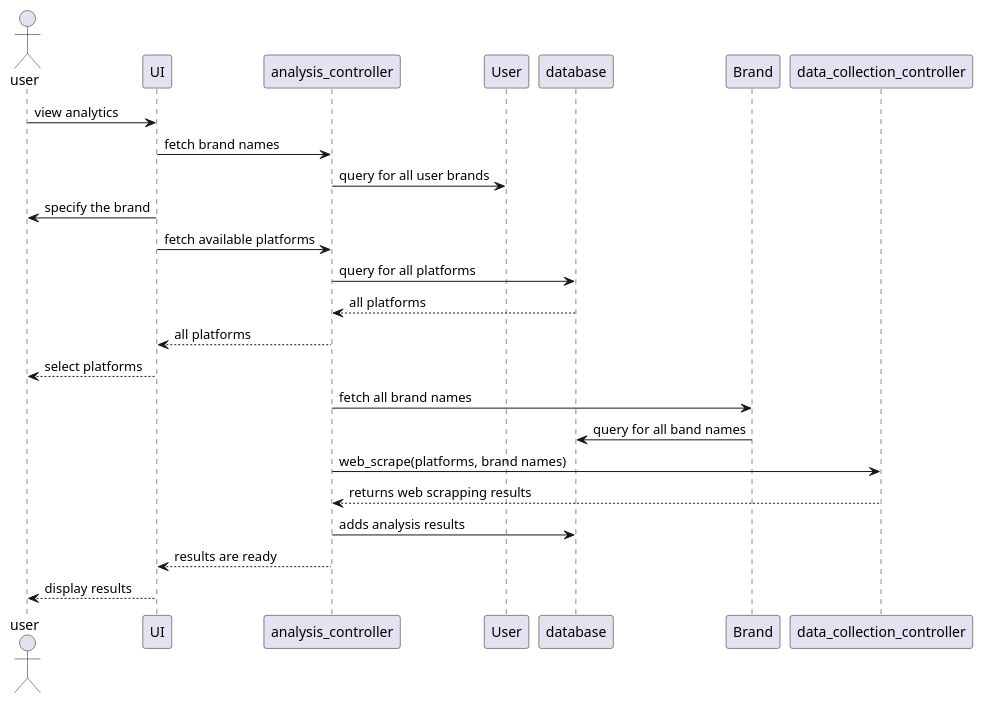
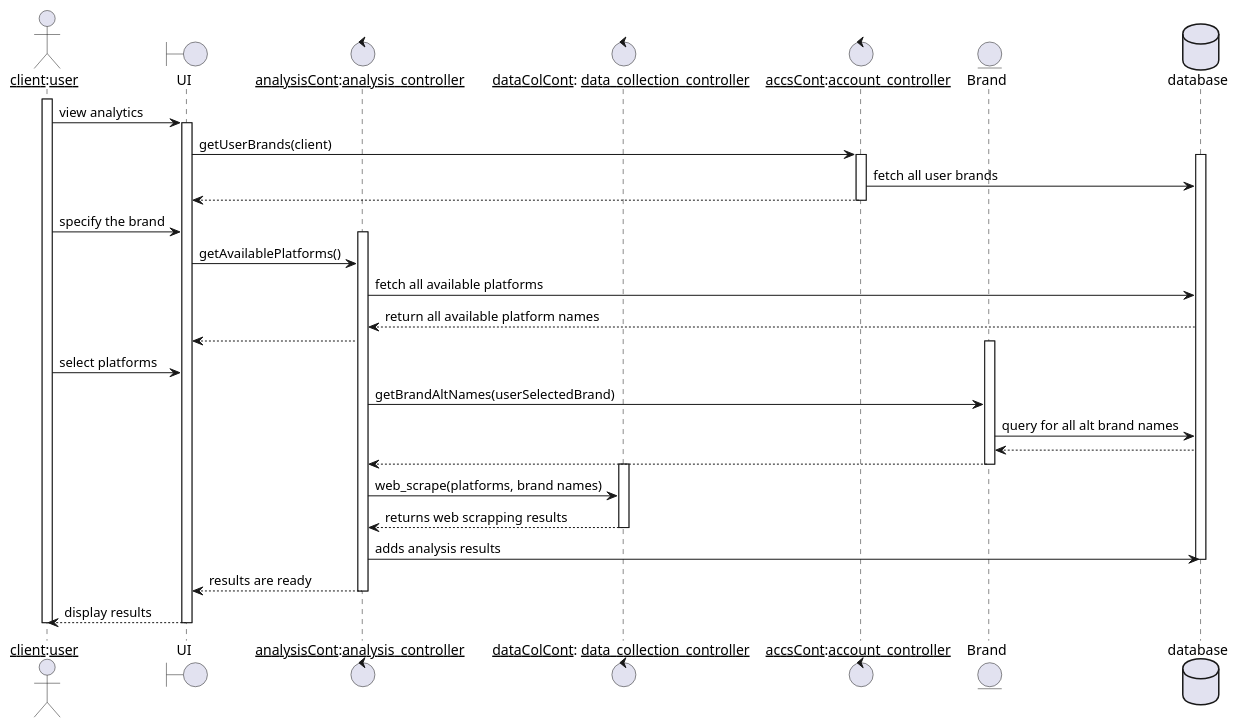
The diagram in Graphs/sequence_view_analytics.puml (NadaaSelim/GP), drawn with PlantUML before and after one commit. The commit also changed 2 other files, not shown here.

Commit message:
updated seq diagrams

```diff
--- a/Graphs/sequence_view_analytics.puml
+++ b/Graphs/sequence_view_analytics.puml
@@ -1,21 +1,46 @@
 @startuml
-actor user
-user -> UI: view analytics
-UI -> analysis_controller: fetch brand names
-analysis_controller -> User: query for all user brands
-UI -> user: specify the brand
-UI -> analysis_controller: fetch available platforms
-analysis_controller -> database: query for all platforms
-database --> analysis_controller: all platforms
-analysis_controller --> UI: all platforms
-UI --> user : select platforms
-analysis_controller -> Brand: fetch all brand names
-Brand -> database: query for all band names
-analysis_controller -> data_collection_controller : web_scrape(platforms, brand names)
-data_collection_controller --> analysis_controller: returns web scrapping results
-analysis_controller -> database : adds analysis results
-analysis_controller --> UI : results are ready
-UI --> user : display results
+actor "__client__:__user__" as client
+boundary UI
+control "__analysisCont__:__analysis_controller__" as AC
+control "__dataColCont__: __data_collection_controller__" as DC
+control "__accsCont__:__account_controller__" as AccsC
+entity Brand
+database database
+
+activate client
+client -> UI: view analytics
+activate UI
+UI -> AccsC: getUserBrands(client)
+activate AccsC
+activate database
+
+AccsC -> database: fetch all user brands
+AccsC --> UI:
+deactivate AccsC
+UI <- client: specify the brand
+activate AC
+UI -> AC: getAvailablePlatforms()
+AC -> database: fetch all available platforms
+database --> AC: return all available platform names
+AC --> UI: 
+activate Brand
+UI <- client : select platforms
+AC -> Brand: getBrandAltNames(userSelectedBrand)
+Brand -> database: query for all alt brand names
+database --> Brand:
+Brand --> AC:
+deactivate Brand
+activate DC
+AC -> DC : web_scrape(platforms, brand names)
+DC --> AC: returns web scrapping results
+deactivate DC
+AC -> database : adds analysis results
+deactivate database
+AC --> UI : results are ready
+deactivate AC
+UI --> client : display results
+deactivate UI
+deactivate client
 
 
 @enduml
```
